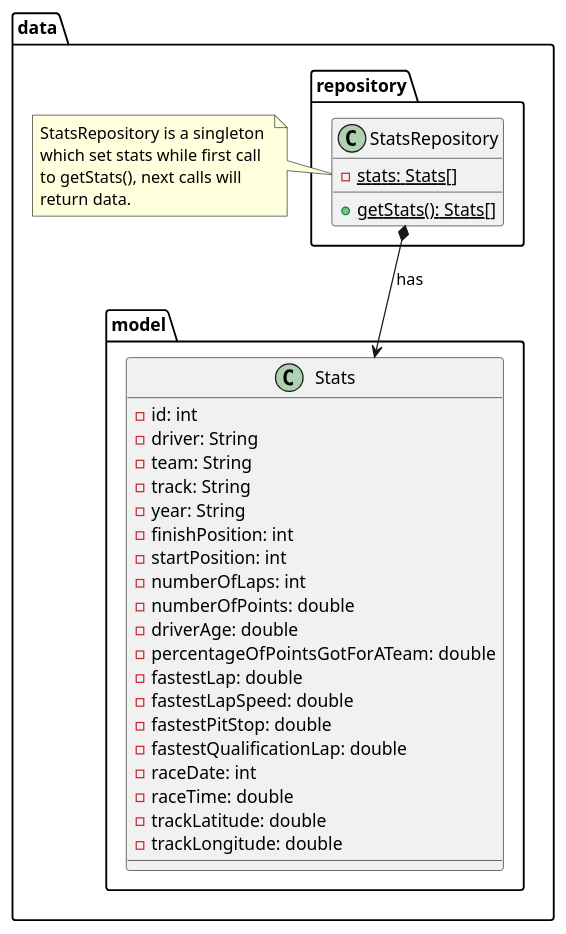
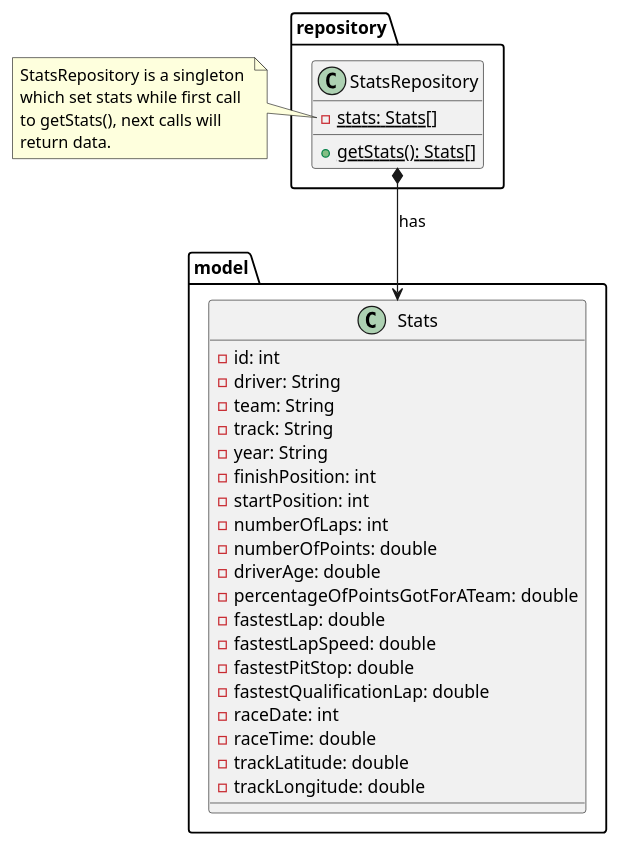
Before and after one commit to kambed/Computer-Recognition-Systems: the second of 9 diagrams in task2/README.md, drawn with PlantUML.

Commit message:
Remove data package

````diff
--- a/task2/README.md
+++ b/task2/README.md
@@ -43,41 +43,39 @@
 ```plantuml
-package data {
-    package model {
-        class Stats {
-            - id: int
-            - driver: String
-            - team: String
-            - track: String
-            - year: String
-            - finishPosition: int
-            - startPosition: int
-            - numberOfLaps: int
-            - numberOfPoints: double
-            - driverAge: double
-            - percentageOfPointsGotForATeam: double
-            - fastestLap: double
-            - fastestLapSpeed: double
-            - fastestPitStop: double
-            - fastestQualificationLap: double
-            - raceDate: int
-            - raceTime: double
-            - trackLatitude: double
-            - trackLongitude: double
-        }
+package model {
+    class Stats {
+        - id: int
+        - driver: String
+        - team: String
+        - track: String
+        - year: String
+        - finishPosition: int
+        - startPosition: int
+        - numberOfLaps: int
+        - numberOfPoints: double
+        - driverAge: double
+        - percentageOfPointsGotForATeam: double
+        - fastestLap: double
+        - fastestLapSpeed: double
+        - fastestPitStop: double
+        - fastestQualificationLap: double
+        - raceDate: int
+        - raceTime: double
+        - trackLatitude: double
+        - trackLongitude: double
     }
-    package repository {
-        class StatsRepository {
-            - {static} stats: Stats[]
-            + {static} getStats(): Stats[]
-        }
-        StatsRepository *--> Stats: has
+}
+package repository {
+    class StatsRepository {
+        - {static} stats: Stats[]
+        + {static} getStats(): Stats[]
     }
+    StatsRepository *--> Stats: has
+}
 
-    note left of StatsRepository::stats
-        StatsRepository is a singleton 
-        which set stats while first call 
-        to getStats(), next calls will
-        return data.
-    end note
-}
+note left of StatsRepository::stats
+    StatsRepository is a singleton 
+    which set stats while first call 
+    to getStats(), next calls will
+    return data.
+end note
 ```
````
